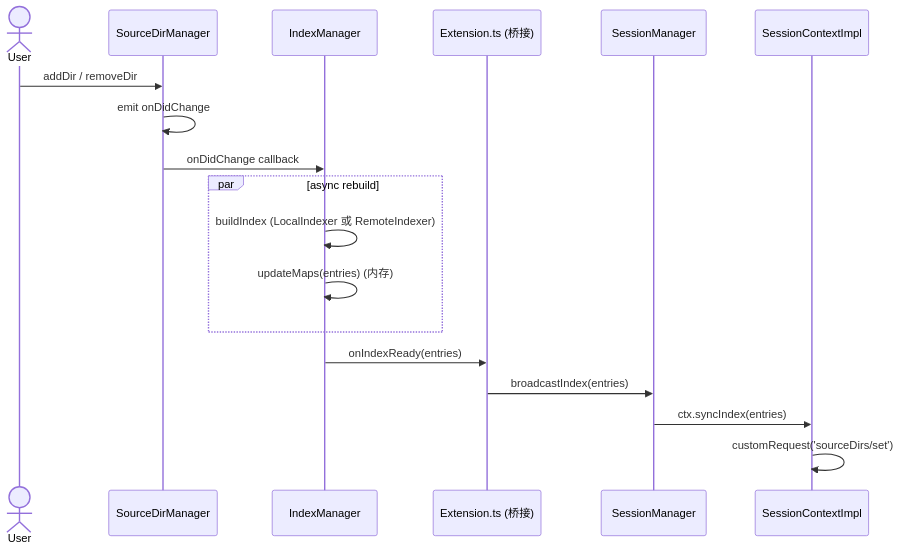
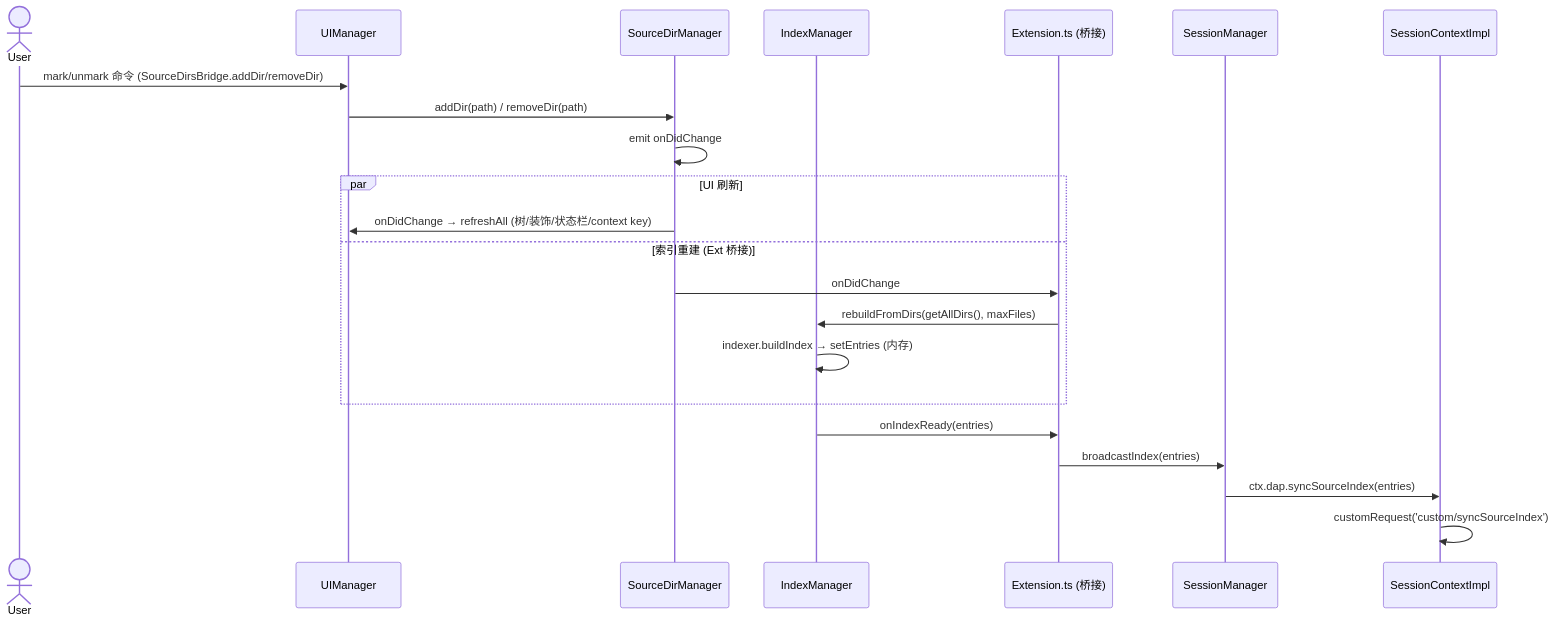
One commit to lx0758/VSCode-Android-Debugger changed the sixth of 7 diagrams in docs/ARCHITECTURE.md. Above: the diagram before and after it, drawn with Mermaid. The commit also changed other lines of this file and 68 other files, not shown here.

````diff
--- a/docs/ARCHITECTURE.md
+++ b/docs/ARCHITECTURE.md
@@ -1173,21 +996,25 @@
 ```mermaid
 sequenceDiagram
     actor User
+    participant UI as UIManager
     participant SDM as SourceDirManager
     participant IM as IndexManager
     participant Ext as Extension.ts (桥接)
     participant SM as SessionManager
     participant SCI as SessionContextImpl
 
-    User->>SDM: addDir / removeDir
+    User->>UI: mark/unmark 命令 (SourceDirsBridge.addDir/removeDir)
+    UI->>SDM: addDir(path) / removeDir(path)
     SDM->>SDM: emit onDidChange
-    SDM->>IM: onDidChange callback
-    par async rebuild
-        IM->>IM: buildIndex (LocalIndexer 或 RemoteIndexer)
-        IM->>IM: updateMaps(entries) (内存)
+    par UI 刷新
+        SDM->>UI: onDidChange → refreshAll (树/装饰/状态栏/context key)
+    and 索引重建 (Ext 桥接)
+        SDM->>Ext: onDidChange
+        Ext->>IM: rebuildFromDirs(getAllDirs(), maxFiles)
+        IM->>IM: indexer.buildIndex → setEntries (内存)
     end
     IM->>Ext: onIndexReady(entries)
     Ext->>SM: broadcastIndex(entries)
-    SM->>SCI: ctx.syncIndex(entries)
-    SCI->>SCI: customRequest('sourceDirs/set')
+    SM->>SCI: ctx.dap.syncSourceIndex(entries)
+    SCI->>SCI: customRequest('custom/syncSourceIndex')
 ```
````
